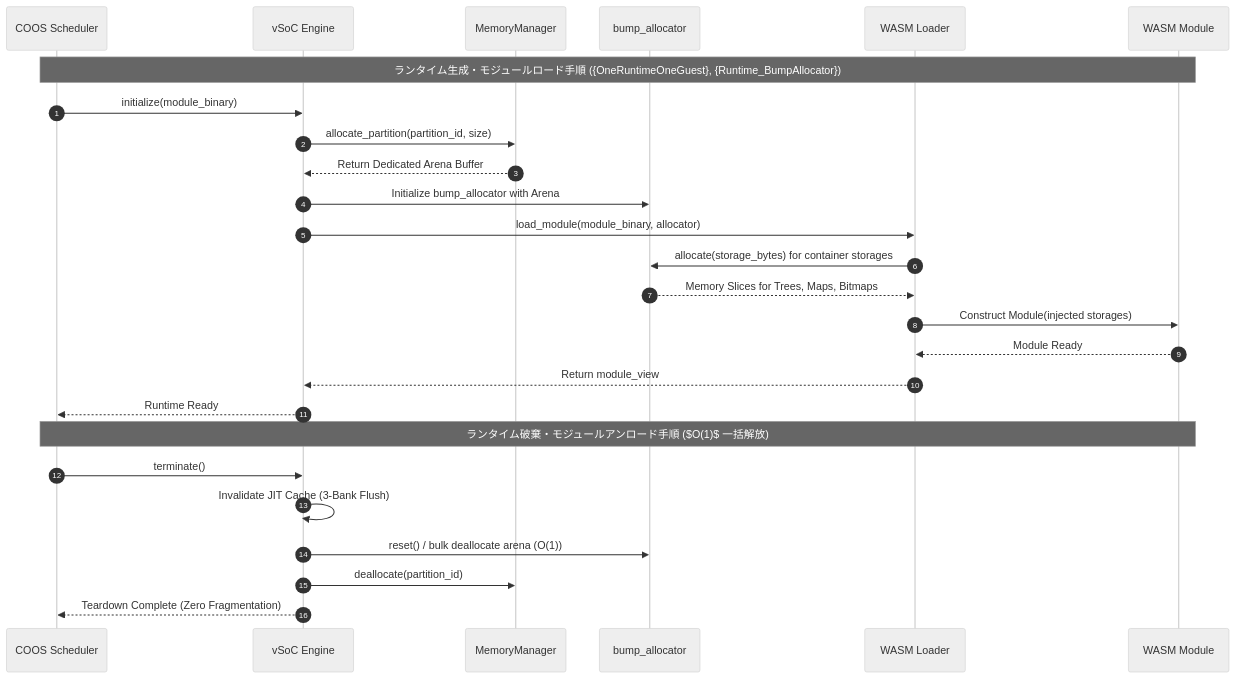
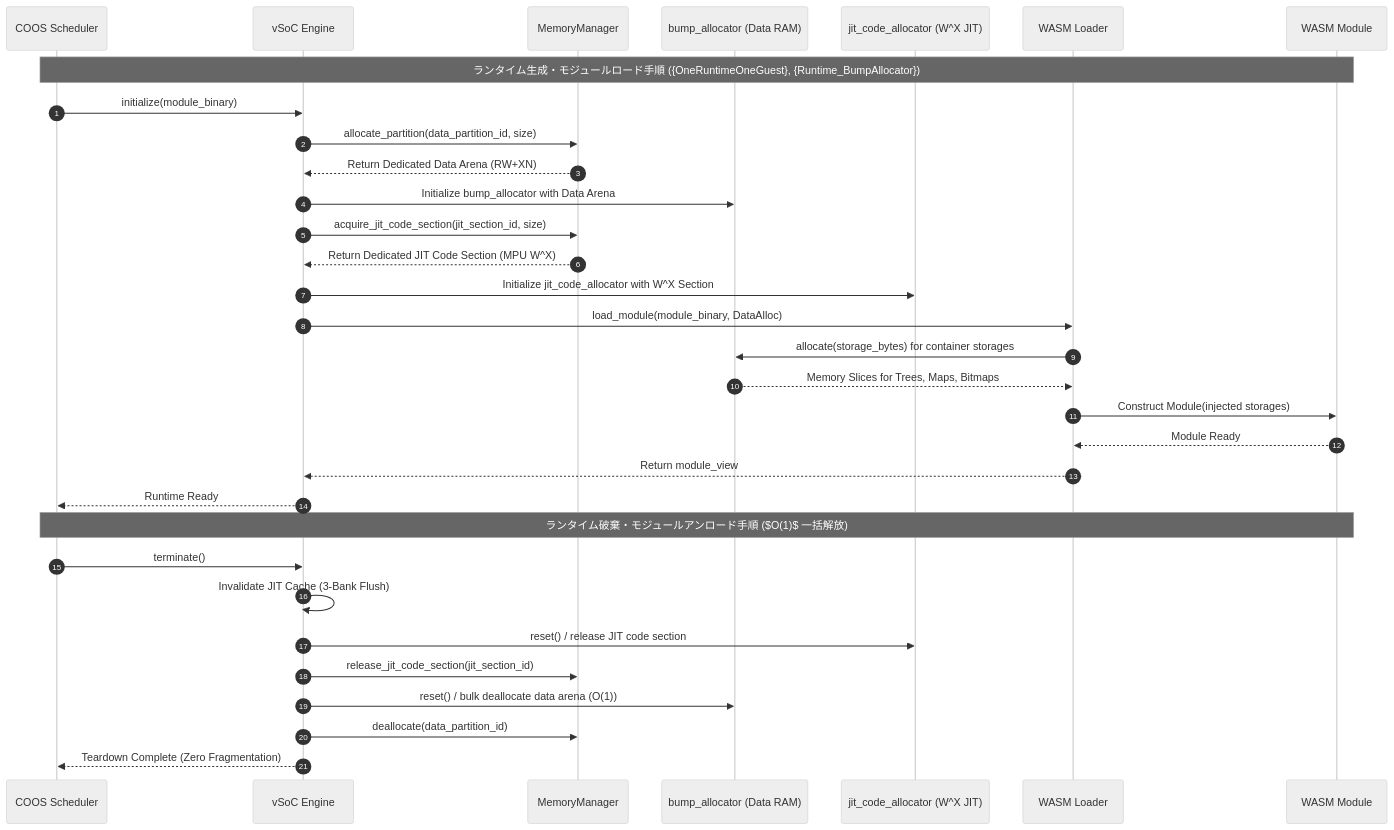
Before and after one commit to kmt-t/fireball: the second of 6 diagrams in docs/components/tier2_runtime/runtime_vsoc.md, drawn with Mermaid (neutral theme). The commit also changed other lines of this file and 4 other files, not shown here.

Commit message:
docs: separate W^X JIT code allocator from data bump allocator

````diff
--- a/docs/components/tier2_runtime/runtime_vsoc.md
+++ b/docs/components/tier2_runtime/runtime_vsoc.md
@@ -143,30 +147,36 @@
 ```mermaid
 sequenceDiagram
     autonumber
     participant Sched as COOS Scheduler
     participant vSoC as vSoC Engine
     participant Mem as MemoryManager
-    participant Alloc as bump_allocator
+    participant DataAlloc as bump_allocator (Data RAM)
+    participant JitAlloc as jit_code_allocator (W^X JIT)
     participant Loader as WASM Loader
     participant Mod as WASM Module
 
     Note over Sched,Mod: ランタイム生成・モジュールロード手順 ({OneRuntimeOneGuest}, {Runtime_BumpAllocator})
     Sched->>vSoC: initialize(module_binary)
-    vSoC->>Mem: allocate_partition(partition_id, size)
-    Mem-->>vSoC: Return Dedicated Arena Buffer
-    vSoC->>Alloc: Initialize bump_allocator with Arena
-    vSoC->>Loader: load_module(module_binary, allocator)
-    Loader->>Alloc: allocate(storage_bytes) for container storages
-    Alloc-->>Loader: Memory Slices for Trees, Maps, Bitmaps
+    vSoC->>Mem: allocate_partition(data_partition_id, size)
+    Mem-->>vSoC: Return Dedicated Data Arena (RW+XN)
+    vSoC->>DataAlloc: Initialize bump_allocator with Data Arena
+    vSoC->>Mem: acquire_jit_code_section(jit_section_id, size)
+    Mem-->>vSoC: Return Dedicated JIT Code Section (MPU W^X)
+    vSoC->>JitAlloc: Initialize jit_code_allocator with W^X Section
+    vSoC->>Loader: load_module(module_binary, DataAlloc)
+    Loader->>DataAlloc: allocate(storage_bytes) for container storages
+    DataAlloc-->>Loader: Memory Slices for Trees, Maps, Bitmaps
     Loader->>Mod: Construct Module(injected storages)
     Mod-->>Loader: Module Ready
     Loader-->>vSoC: Return module_view
     vSoC-->>Sched: Runtime Ready
 
     Note over Sched,Mod: ランタイム破棄・モジュールアンロード手順 ($O(1)$ 一括解放)
     Sched->>vSoC: terminate()
     vSoC->>vSoC: Invalidate JIT Cache (3-Bank Flush)
-    vSoC->>Alloc: reset() / bulk deallocate arena (O(1))
-    vSoC->>Mem: deallocate(partition_id)
+    vSoC->>JitAlloc: reset() / release JIT code section
+    vSoC->>Mem: release_jit_code_section(jit_section_id)
+    vSoC->>DataAlloc: reset() / bulk deallocate data arena (O(1))
+    vSoC->>Mem: deallocate(data_partition_id)
     vSoC-->>Sched: Teardown Complete (Zero Fragmentation)
 ```
````
